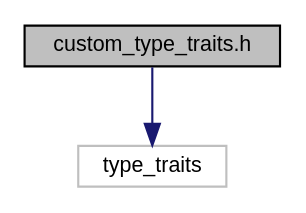
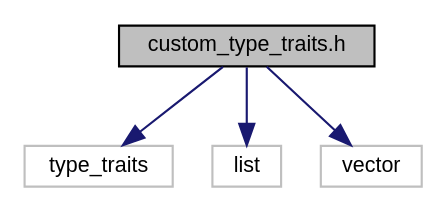
Before and after one commit to Rishat22/ConditionalIPAddressPrintingFunction: the diagram in custom__type__traits_8h__incl.dot, drawn with Graphviz. The commit also changed 38 other files, not shown here.

```diff
--- a/custom__type__traits_8h__incl.dot
+++ b/custom__type__traits_8h__incl.dot
@@ -1,9 +1,13 @@
 digraph "custom_type_traits.h"
 {
  // LATEX_PDF_SIZE
   edge [fontname="Helvetica",fontsize="10",labelfontname="Helvetica",labelfontsize="10"];
   node [fontname="Helvetica",fontsize="10",shape=record];
   Node1 [label="custom_type_traits.h",height=0.2,width=0.4,color="black", fillcolor="grey75", style="filled", fontcolor="black",tooltip=" "];
   Node1 -> Node2 [color="midnightblue",fontsize="10",style="solid",fontname="Helvetica"];
   Node2 [label="type_traits",height=0.2,width=0.4,color="grey75", fillcolor="white", style="filled",tooltip=" "];
+  Node1 -> Node3 [color="midnightblue",fontsize="10",style="solid",fontname="Helvetica"];
+  Node3 [label="list",height=0.2,width=0.4,color="grey75", fillcolor="white", style="filled",tooltip=" "];
+  Node1 -> Node4 [color="midnightblue",fontsize="10",style="solid",fontname="Helvetica"];
+  Node4 [label="vector",height=0.2,width=0.4,color="grey75", fillcolor="white", style="filled",tooltip=" "];
 }
```
